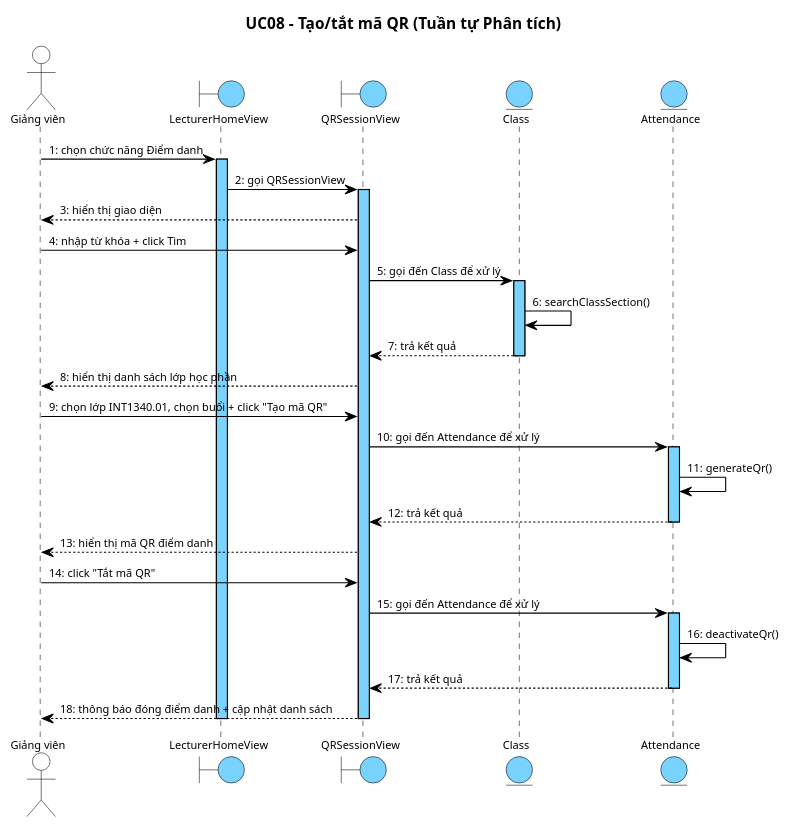
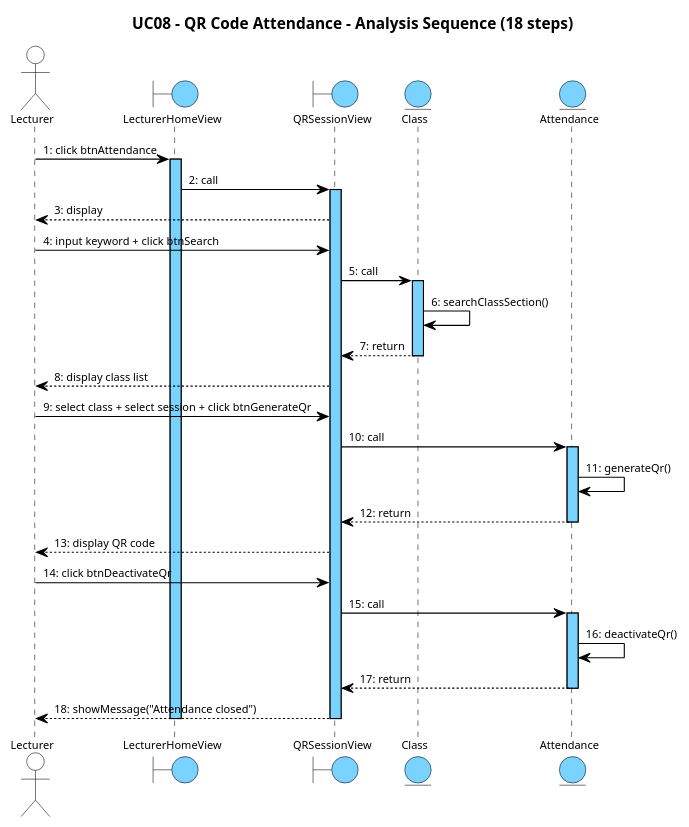
The tenth of 20 diagrams in report/md/module3_attendance_grades.md (thanhtrnnn/universe), drawn with PlantUML before and after one commit. The commit also changed other lines of this file and 27 other files, not shown here.

First line of the commit message:
feat(module3): rewrite II.4+III.4 seq diagrams per updated cnpm skill; sync skill from remote

```diff
--- a/report/md/module3_attendance_grades.md
+++ b/report/md/module3_attendance_grades.md
@@ -556,47 +558,76 @@
   FontName "Arial"
   FontSize 10
   FontColor #000000
-  boundary { BackgroundColor #7AD2FF; LineColor #000000 }
-  entity { BackgroundColor #7AD2FF; LineColor #000000 }
-  actor { BackgroundColor transparent; LineColor #000000 }
-  lifeline { LineColor #000000; LineStyle 5-5 }
-  arrow { LineColor #000000; LineThickness 1; FontSize 10 }
+
+  participant {
+    BackgroundColor #7AD2FF
+    LineColor #000000
+    LineThickness 1
+  }
+
+  actor {
+    BackgroundColor transparent
+    LineColor #000000
+  }
+  boundary {
+    BackgroundColor #7AD2FF
+    LineColor #000000
+  }
+  control {
+    BackgroundColor #7AD2FF
+    LineColor #000000
+  }
+  entity {
+    BackgroundColor #7AD2FF
+    LineColor #000000
+  }
+
+  lifeline {
+    LineColor #000000
+    LineStyle 5-5
+  }
+
+  arrow {
+    LineColor #000000
+    LineThickness 1
+    FontSize 10
+  }
 }
 </style>
-title UC08 – Tạo/tắt mã QR (Tuần tự Phân tích)
+title UC08 – QR Code Attendance – Analysis Sequence (18 steps)
 
-actor "Giảng viên" as GV
+actor "Lecturer" as Actor
 boundary LecturerHomeView
 boundary QRSessionView
 entity Class
 entity Attendance
 
-GV -> LecturerHomeView : 1: chọn chức năng Điểm danh
+Actor -> LecturerHomeView : 1: click btnAttendance
 activate LecturerHomeView
-LecturerHomeView -> QRSessionView : 2: gọi QRSessionView
+LecturerHomeView -> QRSessionView : 2: call
 activate QRSessionView
-QRSessionView --> GV : 3: hiển thị giao diện
-GV -> QRSessionView : 4: nhập từ khóa + click Tìm
-QRSessionView -> Class : 5: gọi đến Class để xử lý
+QRSessionView --> Actor : 3: display
+Actor -> QRSessionView : 4: input keyword + click btnSearch
+QRSessionView -> Class : 5: call
 activate Class
 Class -> Class : 6: searchClassSection()
-Class --> QRSessionView : 7: trả kết quả
+Class --> QRSessionView : 7: return
 deactivate Class
-QRSessionView --> GV : 8: hiển thị danh sách lớp học phần
-GV -> QRSessionView : 9: chọn lớp INT1340.01, chọn buổi + click "Tạo mã QR"
-QRSessionView -> Attendance : 10: gọi đến Attendance để xử lý
+QRSessionView --> Actor : 8: display class list
+Actor -> QRSessionView : 9: select class + select session + click btnGenerateQr
+QRSessionView -> Attendance : 10: call
 activate Attendance
 Attendance -> Attendance : 11: generateQr()
-Attendance --> QRSessionView : 12: trả kết quả
+Attendance --> QRSessionView : 12: return
 deactivate Attendance
-QRSessionView --> GV : 13: hiển thị mã QR điểm danh
-GV -> QRSessionView : 14: click "Tắt mã QR"
-QRSessionView -> Attendance : 15: gọi đến Attendance để xử lý
+QRSessionView --> Actor : 13: display QR code
+Actor -> QRSessionView : 14: click btnDeactivateQr
+QRSessionView -> Attendance : 15: call
 activate Attendance
 Attendance -> Attendance : 16: deactivateQr()
-Attendance --> QRSessionView : 17: trả kết quả
+Attendance --> QRSessionView : 17: return
 deactivate Attendance
-QRSessionView --> GV : 18: thông báo đóng điểm danh + cập nhật danh sách
+QRSessionView --> Actor : 18: showMessage("Attendance closed")
 deactivate QRSessionView
 deactivate LecturerHomeView
 @enduml
```
